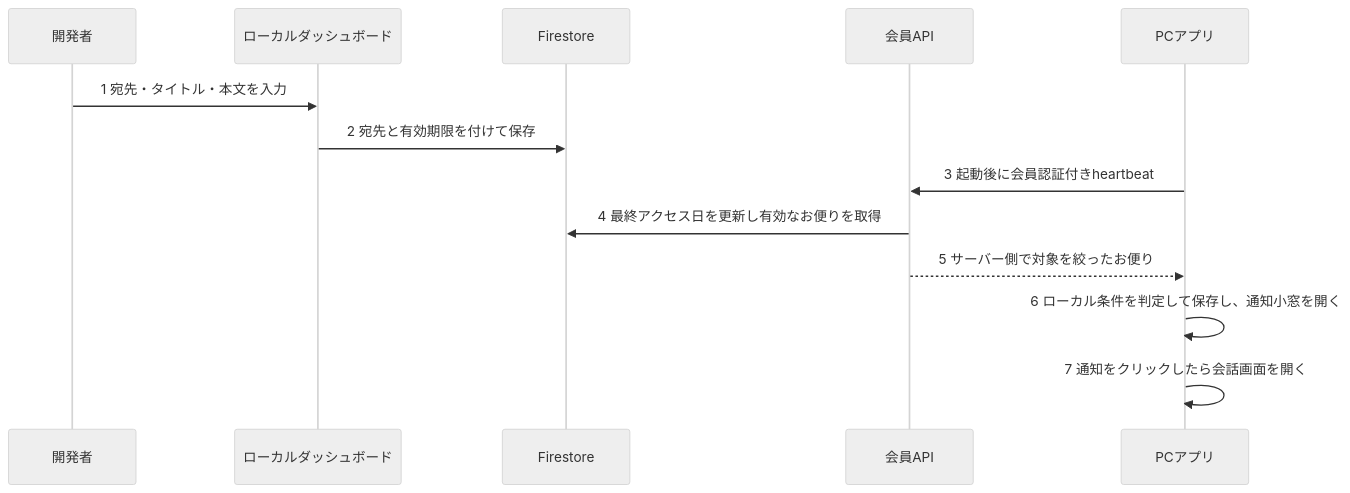
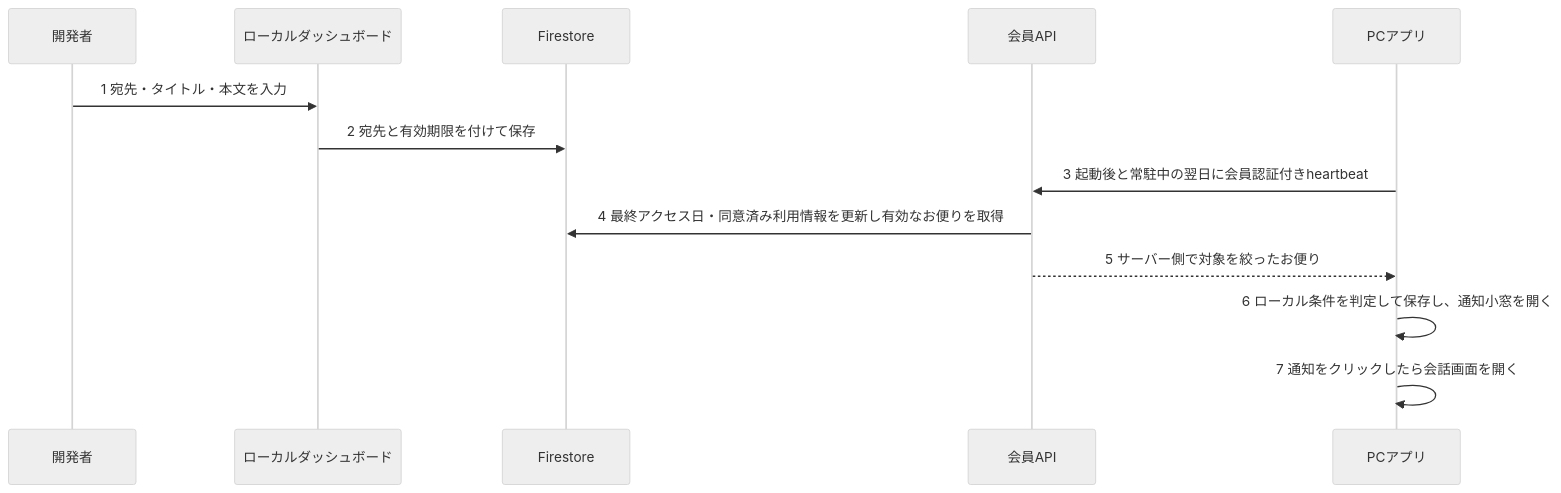
One commit to ore-no-fusen/ore-no-fusen changed the third of 3 diagrams in docs-v2/009_MEMBERSHIP.md. Above: the diagram before and after it, drawn with Mermaid (neutral theme). The commit also changed other lines of this file and 8 other files, not shown here.

````diff
--- a/docs-v2/009_MEMBERSHIP.md
+++ b/docs-v2/009_MEMBERSHIP.md
@@ -87,15 +87,15 @@
 ```mermaid
 sequenceDiagram
     participant Dev as 開発者
     participant Dash as ローカルダッシュボード
     participant DB as Firestore
     participant API as 会員API
     participant PC as PCアプリ
     Dev->>Dash: 1 宛先・タイトル・本文を入力
     Dash->>DB: 2 宛先と有効期限を付けて保存
-    PC->>API: 3 起動後に会員認証付きheartbeat
-    API->>DB: 4 最終アクセス日を更新し有効なお便りを取得
+    PC->>API: 3 起動後と常駐中の翌日に会員認証付きheartbeat
+    API->>DB: 4 最終アクセス日・同意済み利用情報を更新し有効なお便りを取得
     API-->>PC: 5 サーバー側で対象を絞ったお便り
     PC->>PC: 6 ローカル条件を判定して保存し、通知小窓を開く
     PC->>PC: 7 通知をクリックしたら会話画面を開く
 ```
````
